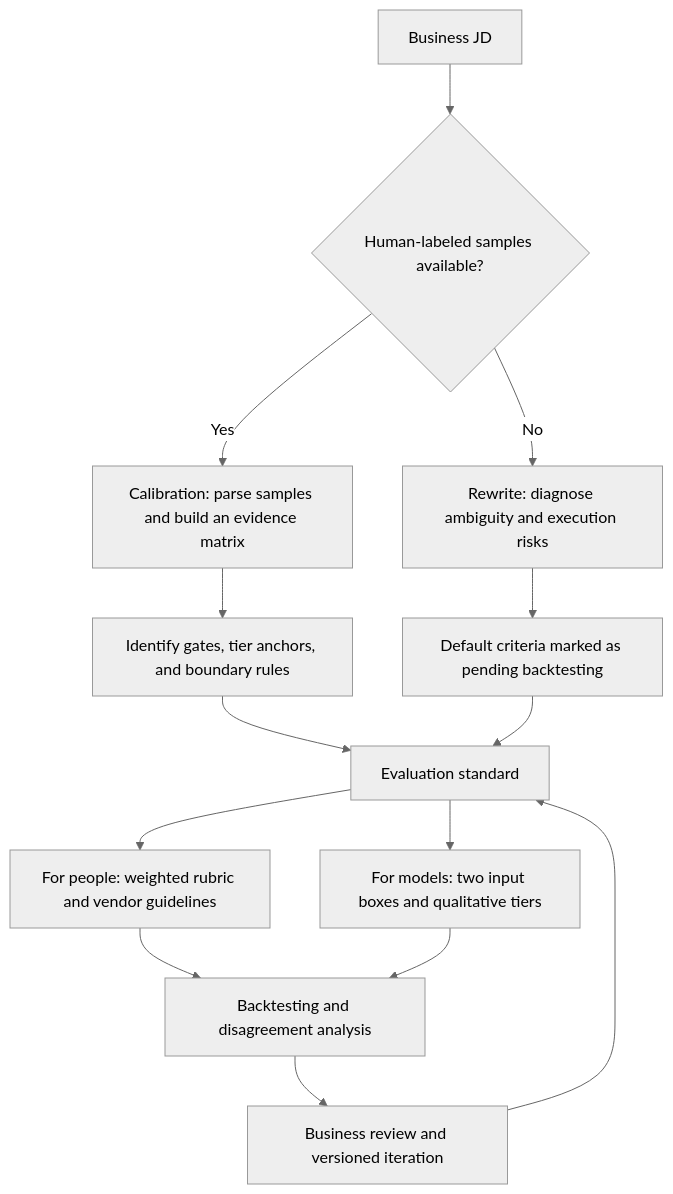
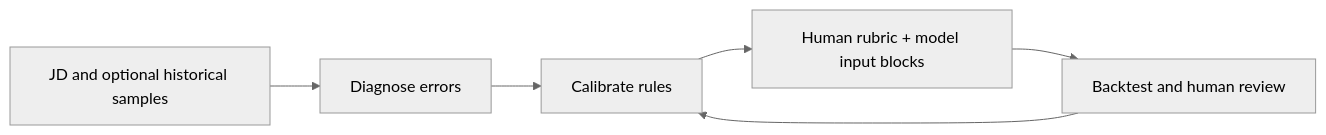
Before and after one commit to SimonLecake/jd-rewrite-skill: the diagram in README.en.md, drawn with Mermaid (neutral theme). The commit also changed other lines of this file and 4 other files, not shown here.

````diff
--- a/README.en.md
+++ b/README.en.md
@@ -55,16 +49,8 @@
 ```mermaid
-flowchart TD
-    A[Business JD] --> B{Human-labeled samples available?}
-    B -->|Yes| C[Calibration: parse samples and build an evidence matrix]
-    C --> D[Identify gates, tier anchors, and boundary rules]
-    B -->|No| E[Rewrite: diagnose ambiguity and execution risks]
-    E --> F[Default criteria marked as pending backtesting]
-    D --> G[Evaluation standard]
-    F --> G
-    G --> H[For people: weighted rubric and vendor guidelines]
-    G --> I[For models: two input boxes and qualitative tiers]
-    H --> J[Backtesting and disagreement analysis]
-    I --> J
-    J --> K[Business review and versioned iteration]
-    K --> G
+flowchart LR
+    A[JD and optional historical samples] --> B[Diagnose errors]
+    B --> C[Calibrate rules]
+    C --> D[Human rubric + model input blocks]
+    D --> E[Backtest and human review]
+    E --> C
 ```
````
